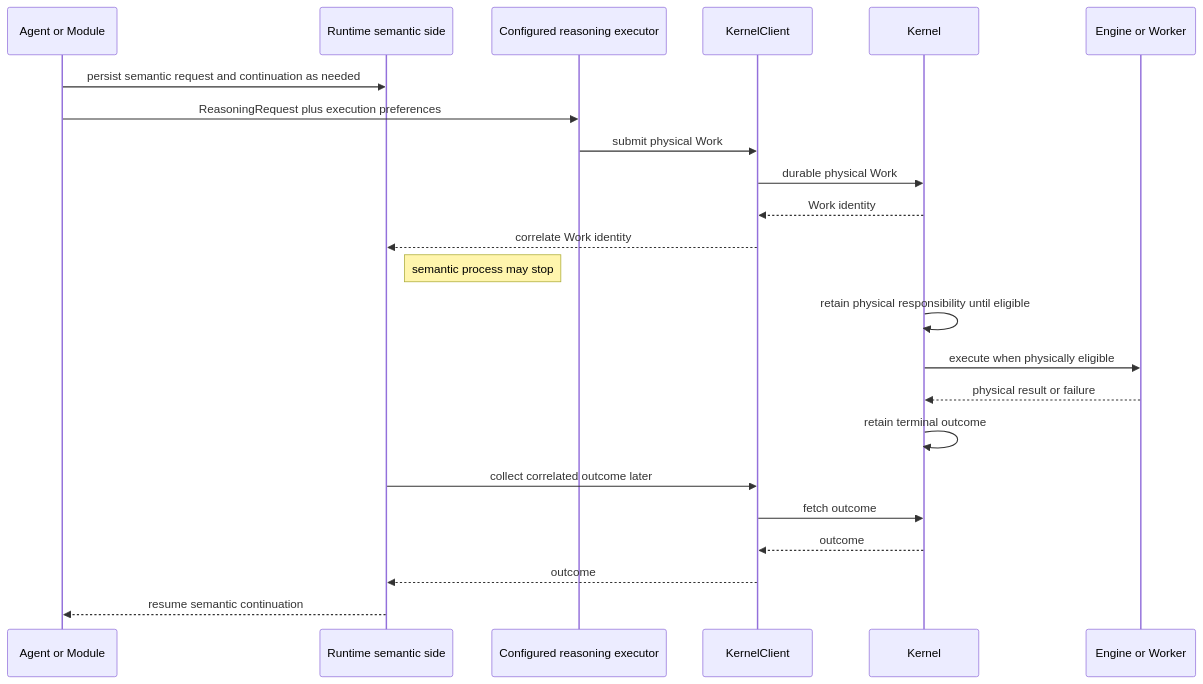
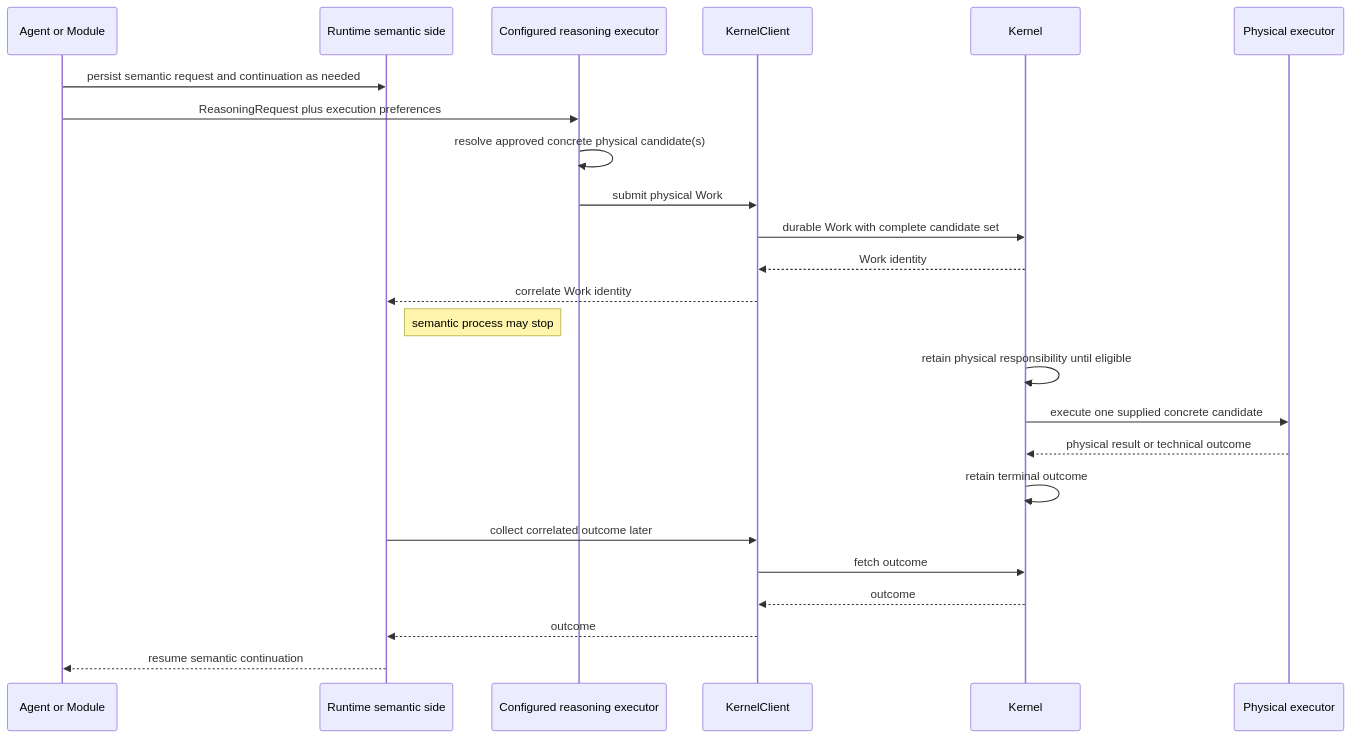
One commit to DidacLL/MADRE changed the tenth of 12 diagrams in docs/architecture/mid-level-architecture.md. Above: the diagram before and after it, drawn with Mermaid. The commit also changed other lines of this file and 40 other files, not shown here.

````diff
--- a/docs/architecture/mid-level-architecture.md
+++ b/docs/architecture/mid-level-architecture.md
@@ -410,26 +425,27 @@
 ```mermaid
 sequenceDiagram
     participant A as Agent or Module
     participant R as Runtime semantic side
     participant X as Configured reasoning executor
     participant C as KernelClient
     participant K as Kernel
-    participant E as Engine or Worker
+    participant E as Physical executor
 
     A->>R: persist semantic request and continuation as needed
     A->>X: ReasoningRequest plus execution preferences
+    X->>X: resolve approved concrete physical candidate(s)
     X->>C: submit physical Work
-    C->>K: durable physical Work
+    C->>K: durable Work with complete candidate set
     K-->>C: Work identity
     C-->>R: correlate Work identity
     Note right of R: semantic process may stop
     K->>K: retain physical responsibility until eligible
-    K->>E: execute when physically eligible
-    E-->>K: physical result or failure
+    K->>E: execute one supplied concrete candidate
+    E-->>K: physical result or technical outcome
     K->>K: retain terminal outcome
     R->>C: collect correlated outcome later
     C->>K: fetch outcome
     K-->>C: outcome
     C-->>R: outcome
     R-->>A: resume semantic continuation
 ```
````
